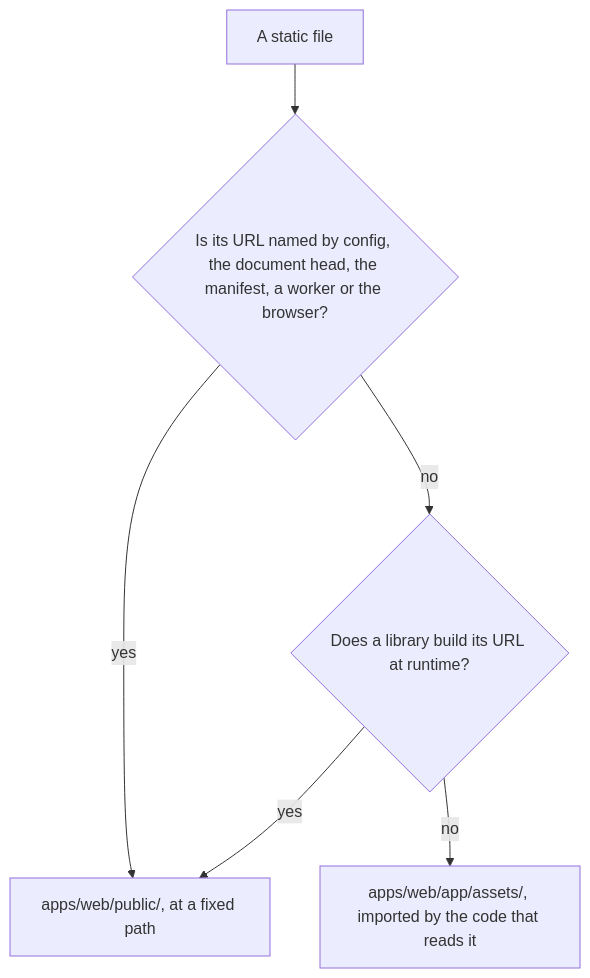
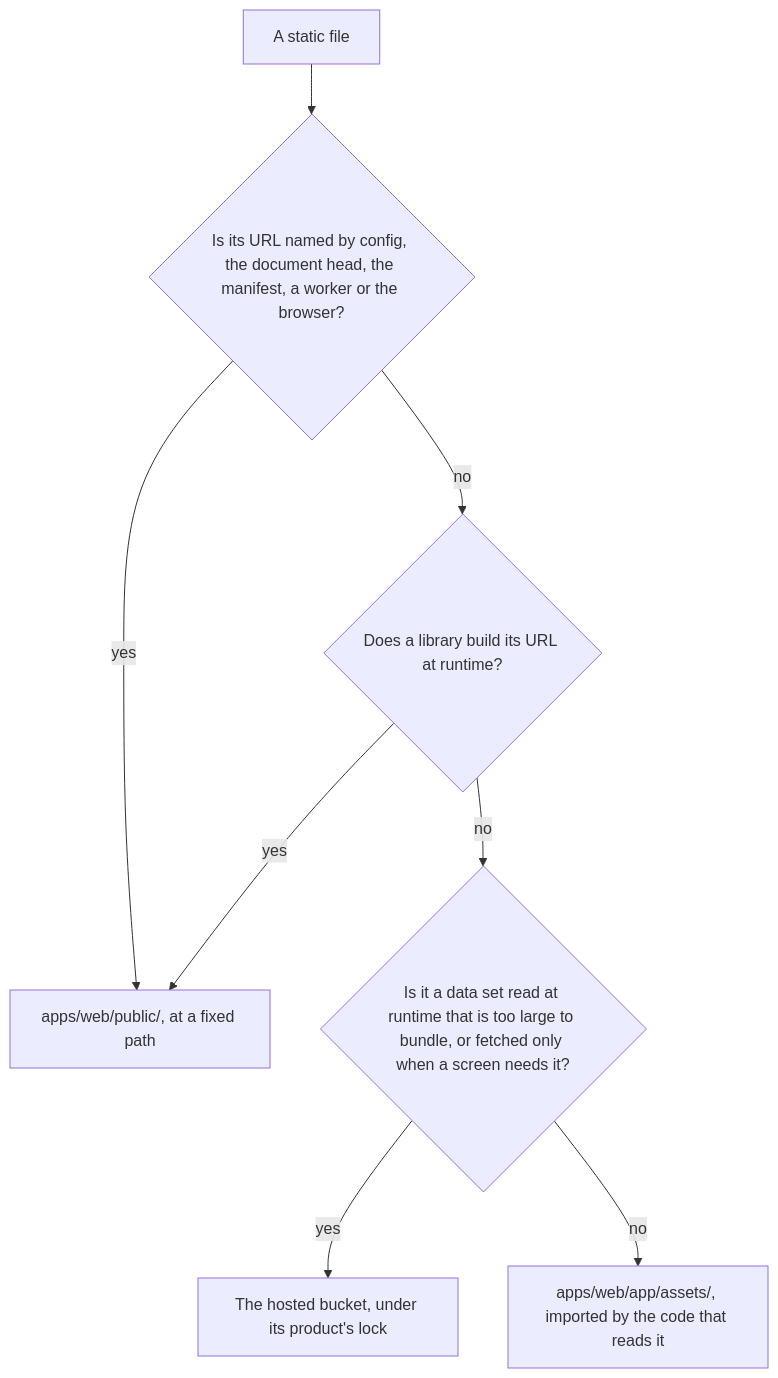
One commit to Esposter/Esposter changed the diagram in openspec/specs/architecture/static-assets/design.md. Above: the diagram before and after it, drawn with Mermaid. The commit also changed other lines of this file and 2 other files, not shown here.

First line of the commit message:
docs(openspec): static files live in three places, the hosted bucket is the third, and the generated-artifacts table has no phaser row

````diff
--- a/openspec/specs/architecture/static-assets/design.md
+++ b/openspec/specs/architecture/static-assets/design.md
@@ -7,8 +7,10 @@
 ```mermaid
 flowchart TD
   File["A static file"] --> Named{"Is its URL named by config, the document head, the manifest, a worker or the browser?"}
   Named -->|yes| Public["apps/web/public/, at a fixed path"]
   Named -->|no| Built{"Does a library build its URL at runtime?"}
   Built -->|yes| Public
-  Built -->|no| Assets["apps/web/app/assets/, imported by the code that reads it"]
+  Built -->|no| Hosted{"Is it a data set read at runtime that is too large to bundle, or fetched only when a screen needs it?"}
+  Hosted -->|yes| Bucket["The hosted bucket, under its product's lock"]
+  Hosted -->|no| Assets["apps/web/app/assets/, imported by the code that reads it"]
 ```
````
